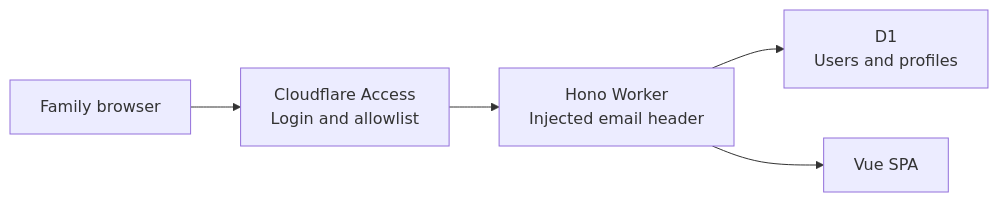
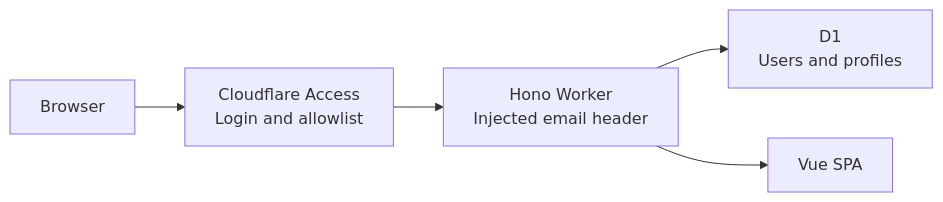
Before and after one commit to txchen/simple_cfw_template: the diagram in README.md, drawn with Mermaid. The commit also changed other lines of this file and 34 other files, not shown here.

````diff
--- a/README.md
+++ b/README.md
@@ -15,7 +14,7 @@
 ```mermaid
 flowchart LR
-    Browser["Family browser"] --> Access["Cloudflare Access<br/>Login and allowlist"]
+    Browser["Browser"] --> Access["Cloudflare Access<br/>Login and allowlist"]
     Access --> Worker["Hono Worker<br/>Injected email header"]
     Worker --> D1["D1<br/>Users and profiles"]
     Worker --> Vue["Vue SPA"]
 ```
````
